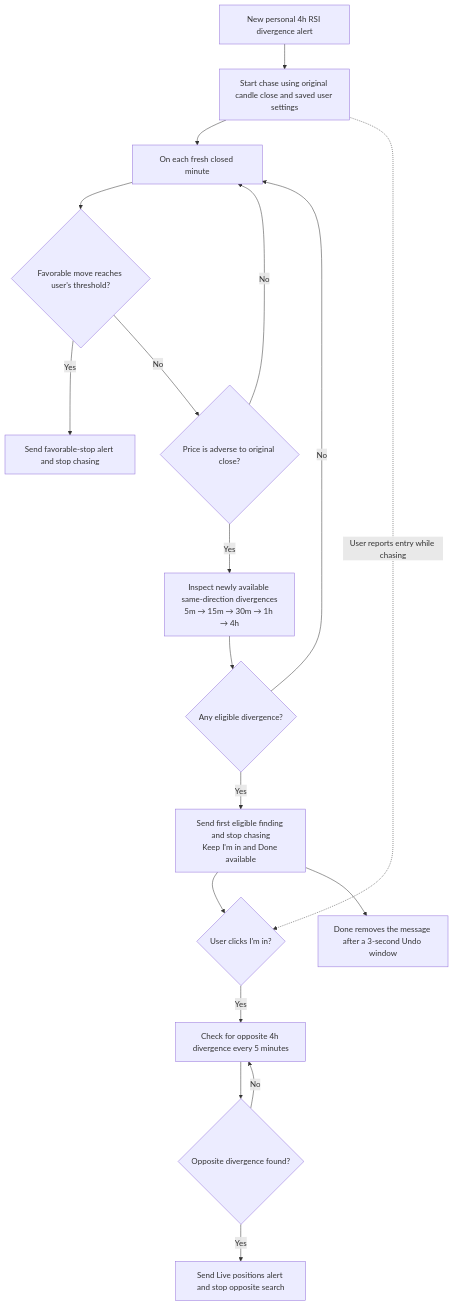
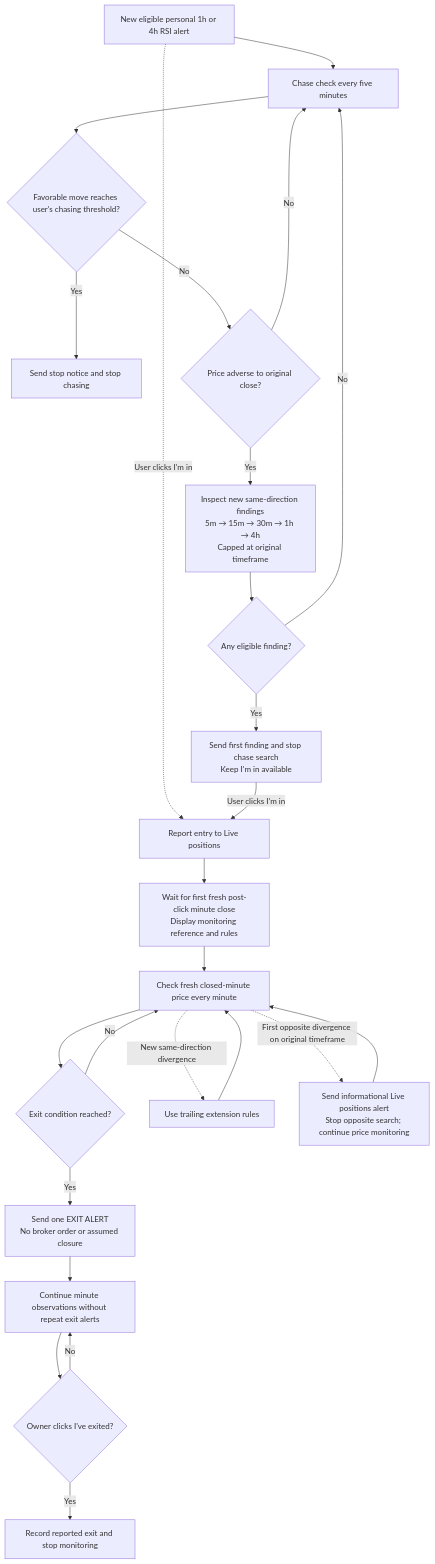
One commit to idodidodi/trading-bot changed the diagram in docs/rsi-chasing-flow.md. Above: the diagram before and after it, drawn with Mermaid. The commit also changed other lines of this file and 16 other files, not shown here.

Commit message:
feat: monitor reported positions each minute and send manual exit alerts

````diff
--- a/docs/rsi-chasing-flow.md
+++ b/docs/rsi-chasing-flow.md
@@ -3,20 +3,27 @@
 ```mermaid
 flowchart TD
-    A[New personal 4h RSI divergence alert] --> B[Start chase using original candle close and saved user settings]
-    B --> C[On each fresh closed minute]
-    B -. User reports entry while chasing .-> J
-    C --> D{Favorable move reaches user's threshold?}
-    D -- Yes --> E[Send favorable-stop alert and stop chasing]
-    D -- No --> F{Price is adverse to original close?}
-    F -- No --> C
-    F -- Yes --> G[Inspect newly available same-direction divergences\n5m → 15m → 30m → 1h → 4h]
-    G --> H{Any eligible divergence?}
-    H -- No --> C
-    H -- Yes --> I[Send first eligible finding and stop chasing\nKeep I'm in and Done available]
-    I --> J{User clicks I'm in?}
-    J -- Yes --> K[Check for opposite 4h divergence every 5 minutes]
-    K --> L{Opposite divergence found?}
+    A[New eligible personal 1h or 4h RSI alert] --> B[Chase check every five minutes]
+    B --> C{Favorable move reaches user's chasing threshold?}
+    C -- Yes --> D[Send stop notice and stop chasing]
+    C -- No --> E{Price adverse to original close?}
+    E -- No --> B
+    E -- Yes --> F[Inspect new same-direction findings\n5m → 15m → 30m → 1h → 4h\nCapped at original timeframe]
+    F --> G{Any eligible finding?}
+    G -- No --> B
+    G -- Yes --> H[Send first finding and stop chase search\nKeep I'm in available]
+    A -. User clicks I'm in .-> I[Report entry to Live positions]
+    H -- User clicks I'm in --> I
+    I --> J[Wait for first fresh post-click minute close\nDisplay monitoring reference and rules]
+    J --> K[Check fresh closed-minute price every minute]
+    K --> L{Exit condition reached?}
     L -- No --> K
-    L -- Yes --> M[Send Live positions alert and stop opposite search]
-    I --> N[Done removes the message after a 3-second Undo window]
+    L -- Yes --> M[Send one EXIT ALERT\nNo broker order or assumed closure]
+    M --> N[Continue minute observations without repeat exit alerts]
+    N --> O{Owner clicks I've exited?}
+    O -- No --> N
+    O -- Yes --> P[Record reported exit and stop monitoring]
+    K -. New same-direction divergence .-> Q[Use trailing extension rules]
+    Q --> K
+    K -. First opposite divergence on original timeframe .-> R[Send informational Live positions alert\nStop opposite search; continue price monitoring]
+    R --> K
 ```
````
